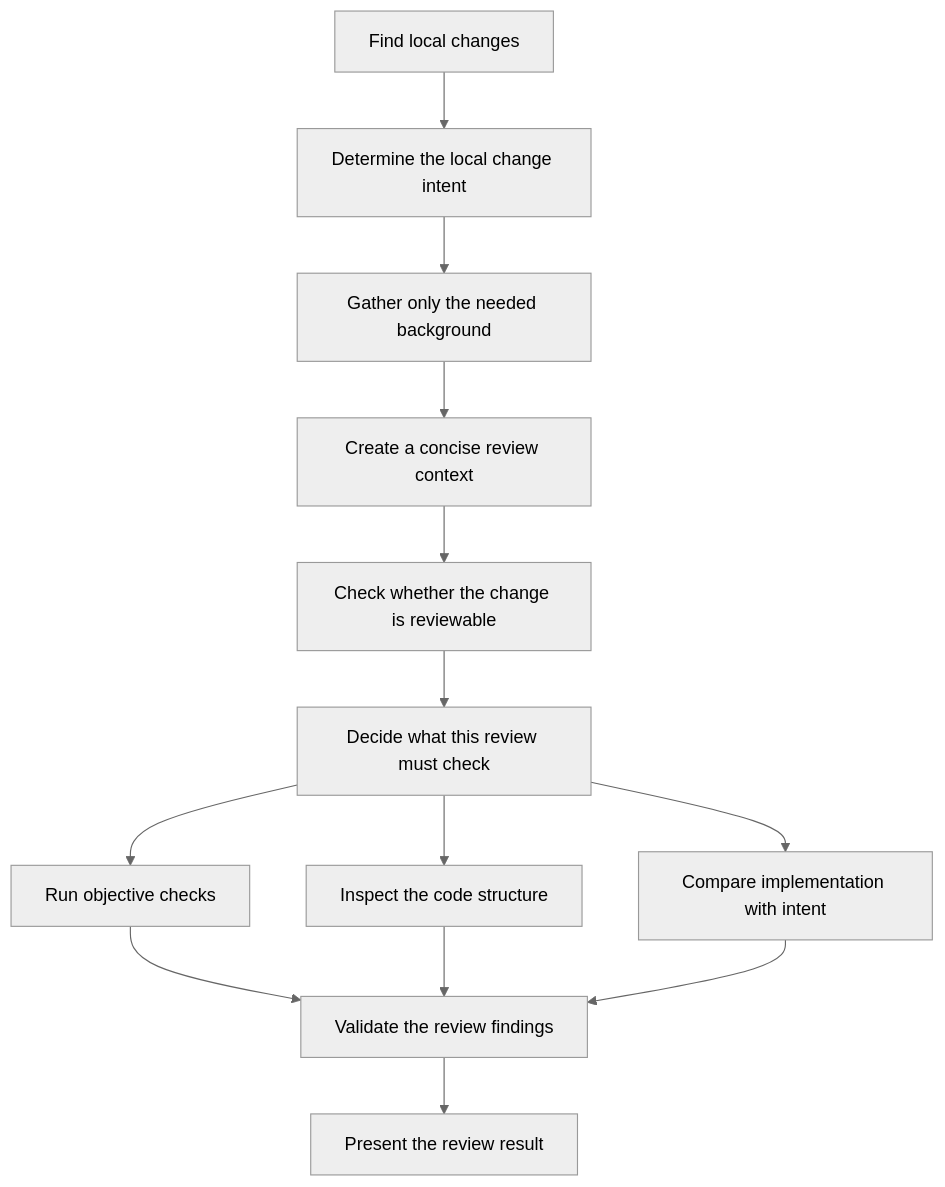
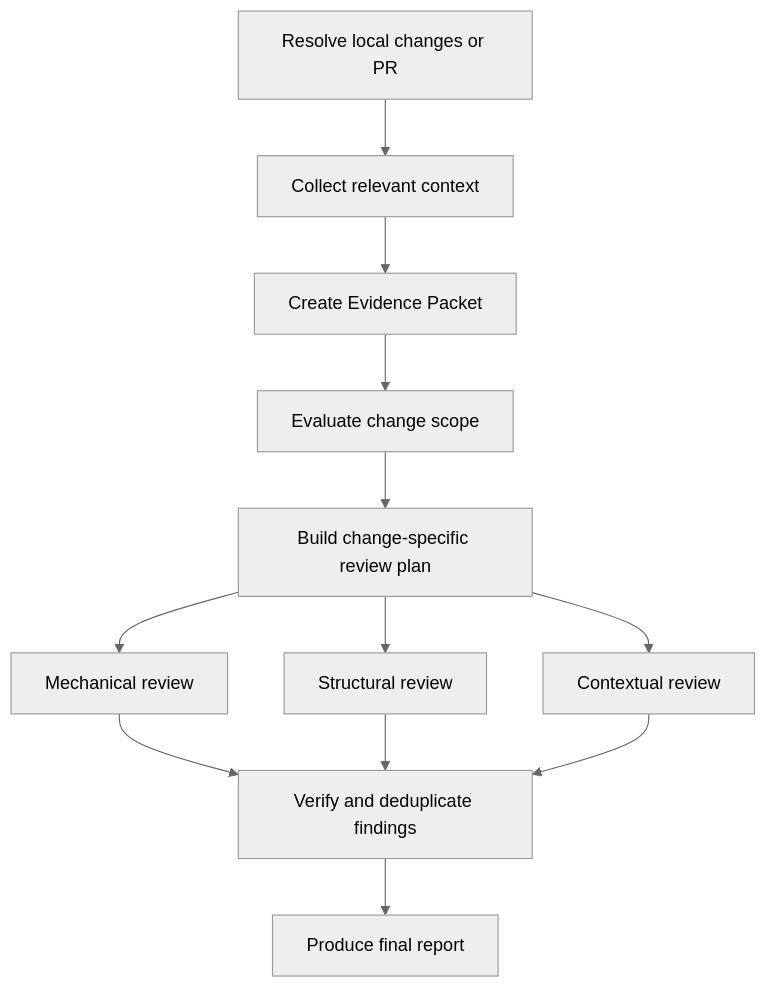
One commit to takuto-san/review changed the diagram in README.md. Above: the diagram before and after it, drawn with Mermaid (neutral theme). The commit also changed other lines of this file, not shown here.

Commit message:
docs: expand README structure

````diff
--- a/README.md
+++ b/README.md
@@ -26,17 +320,14 @@
 ```mermaid
 flowchart TD
-    A[Find local changes] --> B[Determine the local change intent]
-    B --> C[Gather only the needed background]
-    C --> D[Create a concise review context]
-    D --> E[Check whether the change is reviewable]
-    E --> F[Decide what this review must check]
-
-    F --> G1[Run objective checks]
-    F --> G2[Inspect the code structure]
-    F --> G3[Compare implementation with intent]
-
-    G1 --> H[Validate the review findings]
-    G2 --> H
-    G3 --> H
-    H --> I[Present the review result]
+    A[Resolve local changes or PR] --> B[Collect relevant context]
+    B --> C[Create Evidence Packet]
+    C --> D[Evaluate change scope]
+    D --> E[Build change-specific review plan]
+    E --> F1[Mechanical review]
+    E --> F2[Structural review]
+    E --> F3[Contextual review]
+    F1 --> G[Verify and deduplicate findings]
+    F2 --> G
+    F3 --> G
+    G --> H[Produce final report]
 ```
````
